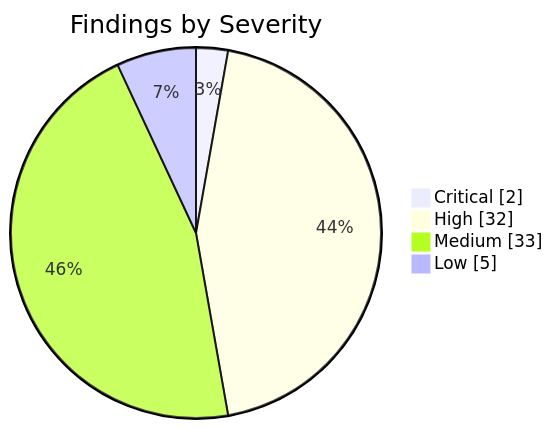
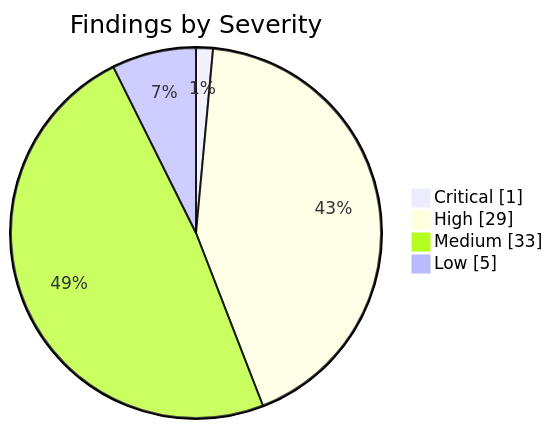
The first of 2 diagrams in apps/kbve/astro-kbve/src/content/docs/dashboard/security.mdx (KBVE/kbve), drawn with Mermaid before and after one commit. The commit also changed other lines of this file and 8 other files, not shown here.

````diff
--- a/apps/kbve/astro-kbve/src/content/docs/dashboard/security.mdx
+++ b/apps/kbve/astro-kbve/src/content/docs/dashboard/security.mdx
@@ -62,8 +62,8 @@
 ```mermaid
 pie showData
     title Findings by Severity
-    "Critical" : 2
-    "High" : 32
+    "Critical" : 1
+    "High" : 29
     "Medium" : 33
     "Low" : 5
 ```
````
